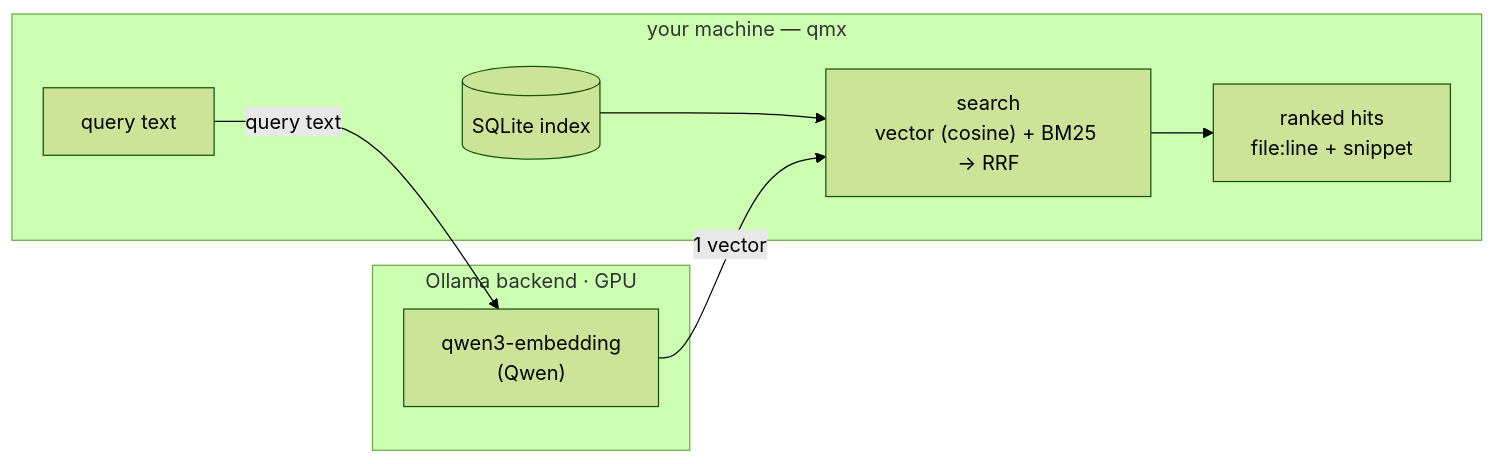
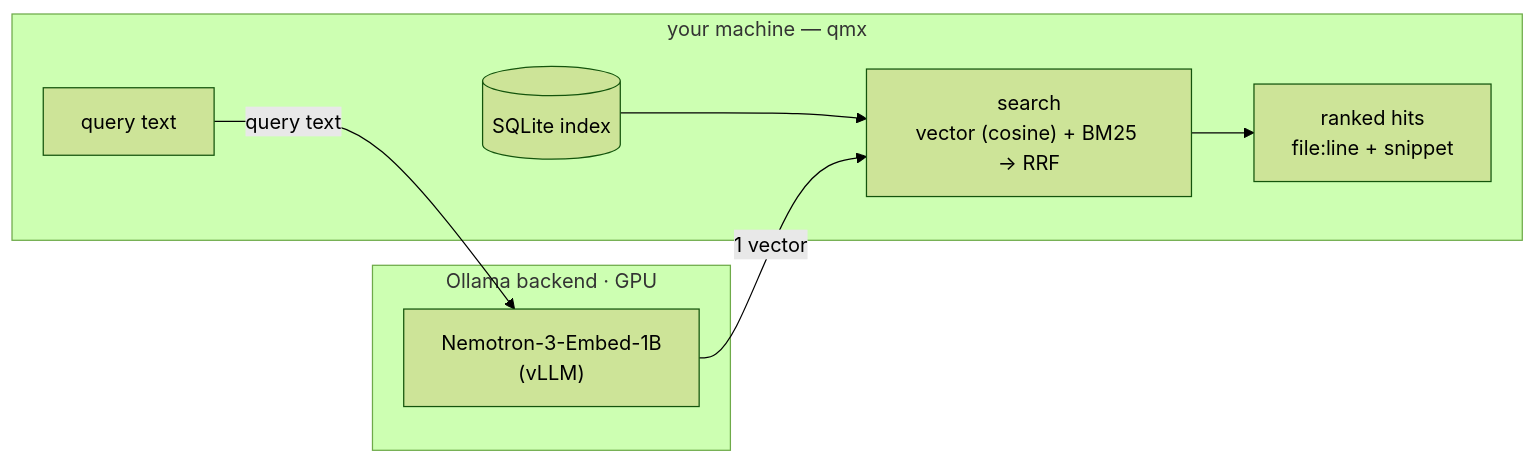
The third of 6 diagrams in README.md (the-dsvolk/qmx), drawn with Mermaid (forest theme) before and after one commit. The commit also changed other lines of this file and 2 other files, not shown here.

First line of the commit message:
docs: production embedder is Nemotron-3-Embed-1B on vLLM; Ollama retired

````diff
--- a/README.md
+++ b/README.md
@@ -92,15 +94,15 @@
 ```mermaid
 flowchart LR
   subgraph M["your machine — qmx"]
     QT["query text"]
     SR["search<br/>vector (cosine) + BM25 → RRF"]
     DB[("SQLite index")]
     H["ranked hits<br/>file:line + snippet"]
     DB --> SR --> H
   end
   subgraph B["Ollama backend · GPU"]
-    E["qwen3-embedding<br/>(Qwen)"]
+    E["Nemotron-3-Embed-1B<br/>(vLLM)"]
   end
   QT -- "query text" --> E
   E -- "1 vector" --> SR
 ```
````
